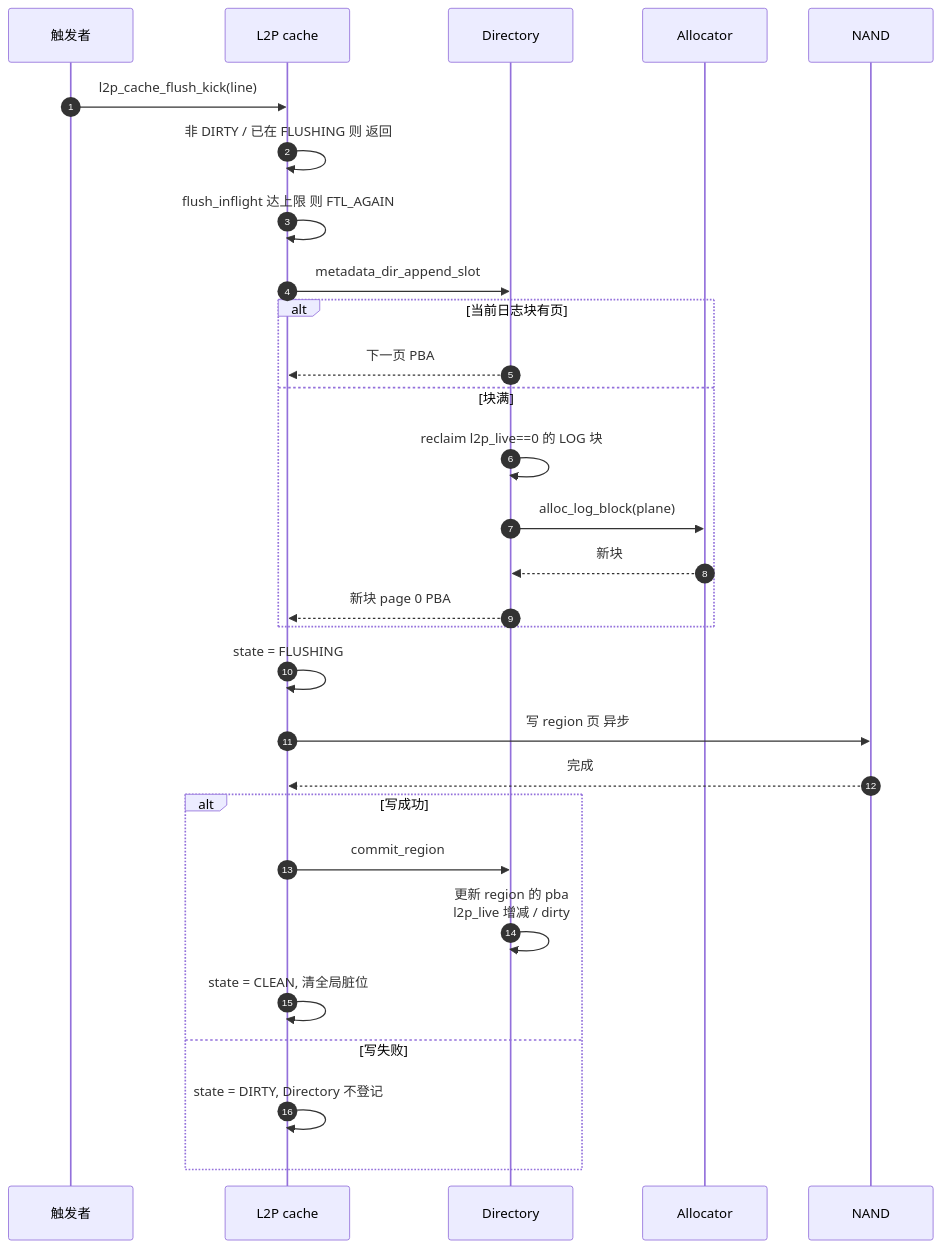
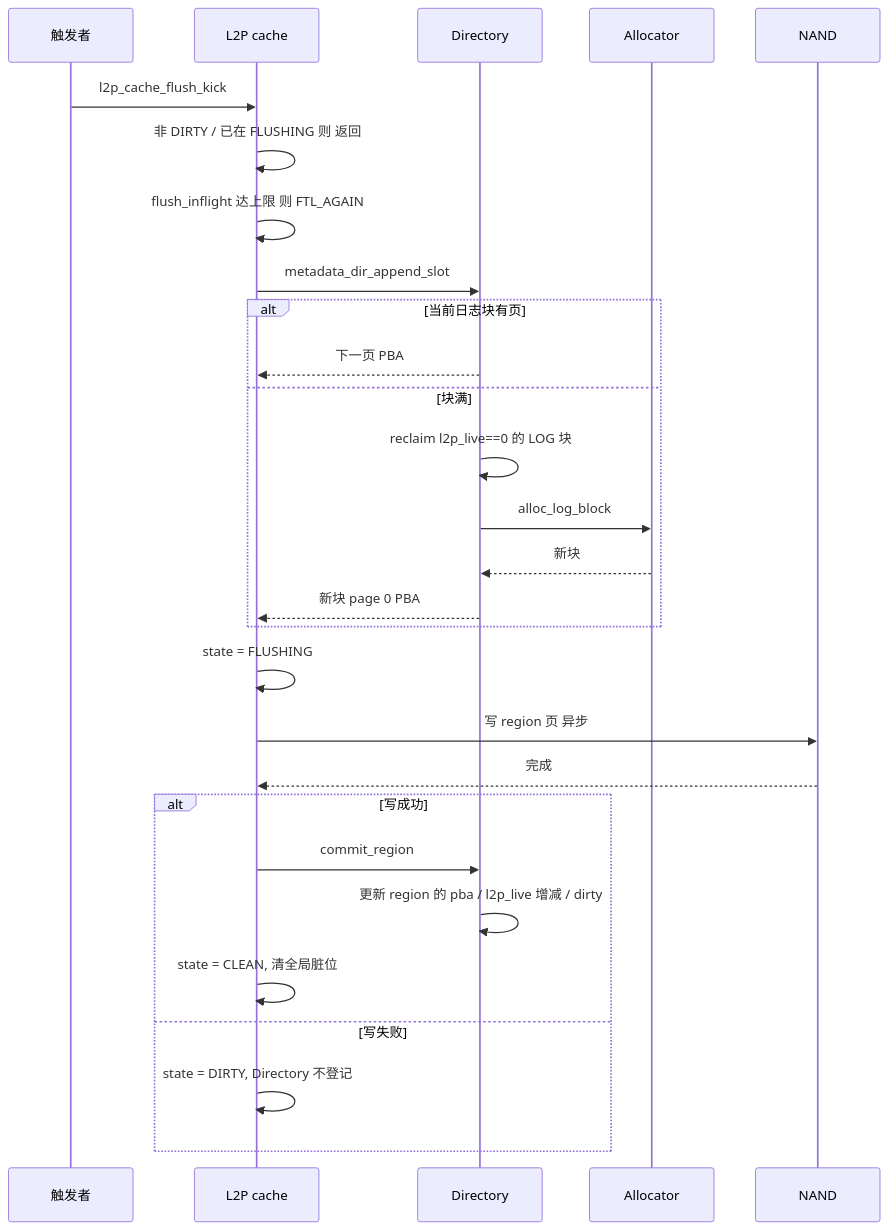
One commit to YzYMIAO/BASESSD changed diagram 24 of 28 in docs/design/ftl_design.md. Above: the diagram before and after it, drawn with Mermaid. The commit also changed other lines of this file, not shown here.

First line of the commit message:
docs(ftl): 补充推荐阅读顺序并清理 mermaid 序列图

````diff
--- a/docs/design/ftl_design.md
+++ b/docs/design/ftl_design.md
@@ -2979,32 +3011,31 @@
 ```mermaid
 sequenceDiagram
-    autonumber
     participant S as 触发者
     participant C as L2P cache
     participant D as Directory
     participant A as Allocator
     participant N as NAND
 
-    S->>C: l2p_cache_flush_kick(line)
+    S->>C: l2p_cache_flush_kick
     C->>C: 非 DIRTY / 已在 FLUSHING 则 返回
     C->>C: flush_inflight 达上限 则 FTL_AGAIN
     C->>D: metadata_dir_append_slot
     alt 当前日志块有页
         D-->>C: 下一页 PBA
     else 块满
         D->>D: reclaim l2p_live==0 的 LOG 块
-        D->>A: alloc_log_block(plane)
+        D->>A: alloc_log_block
         A-->>D: 新块
         D-->>C: 新块 page 0 PBA
     end
     C->>C: state = FLUSHING
     C->>N: 写 region 页 异步
     N-->>C: 完成
     alt 写成功
         C->>D: commit_region
-        D->>D: 更新 region 的 pba<br/>l2p_live 增减 / dirty
+        D->>D: 更新 region 的 pba / l2p_live 增减 / dirty
         C->>C: state = CLEAN, 清全局脏位
     else 写失败
         C->>C: state = DIRTY, Directory 不登记
     end
 ```
````
